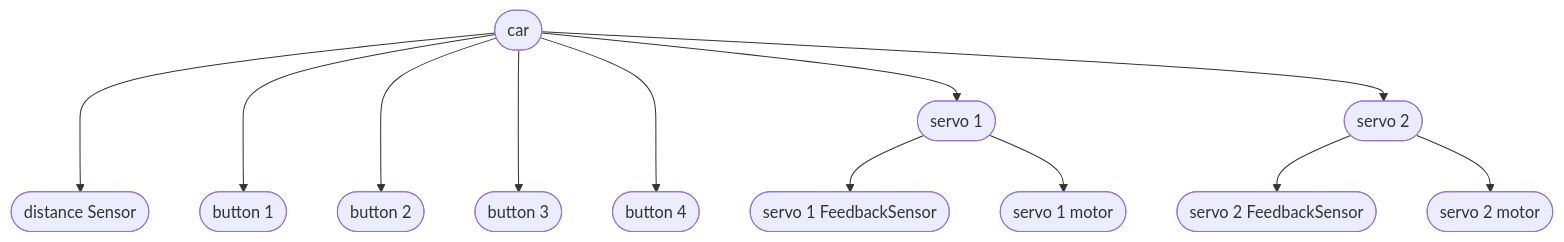
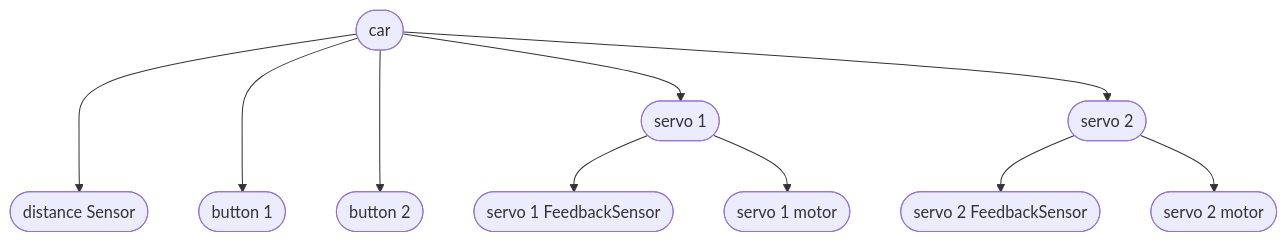
Before and after one commit to gamepro110/t-db3-2324nj: the first of 5 diagrams in ES/car challenge/class diagram.md, drawn with Mermaid. The commit also changed other lines of this file and 11 other files, not shown here.

Commit message:
fixed car-challenge class diagram + v0.2 car-challenge-report

````diff
--- a/ES/car challenge/class diagram.md
+++ b/ES/car challenge/class diagram.md
@@ -5,33 +5,29 @@
 ```mermaid
 graph
 c([car])
 d([distance Sensor])
 
 s1([servo 1])
 ss1([servo 1 FeedbackSensor])
 sm1([servo 1 motor])
 
 s2([servo 2])
 ss2([servo 2 FeedbackSensor])
 sm2([servo 2 motor])
 
 b1([button 1])
 b2([button 2])
-b3([button 3])
-b4([button 4])
 
 c ---> d
 
 c ---> b1
 c ---> b2
-c ---> b3
-c ---> b4
 
 c --> s1
 s1 --> ss1
 s1 --> sm1
 
 c --> s2
 s2 --> ss2
 s2 --> sm2
 ```
````
